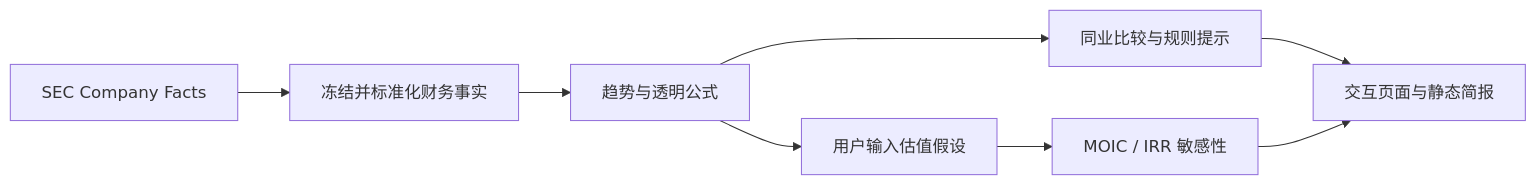
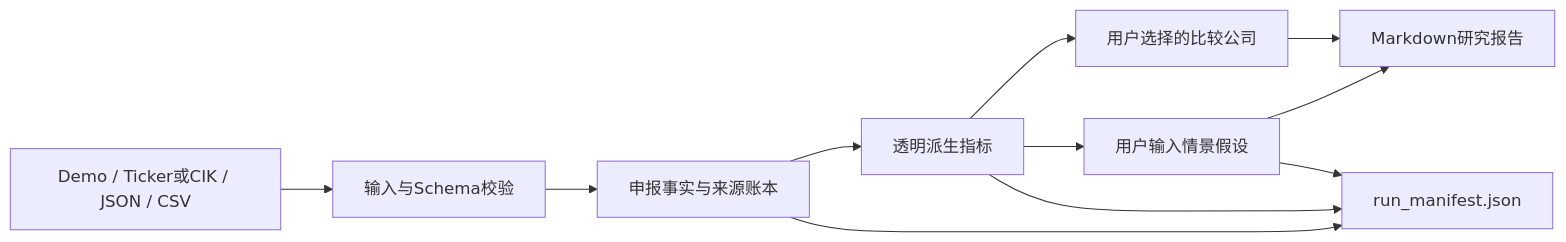
One commit to WilliamLiao818/company-financial-research-auto changed the diagram in README.md. Above: the diagram before and after it, drawn with Mermaid. The commit also changed other lines of this file and 9 other files, not shown here.

````diff
--- a/README.md
+++ b/README.md
@@ -7,10 +7,13 @@
 ```mermaid
 flowchart LR
-    A[SEC Company Facts] --> B[冻结并标准化财务事实]
-    B --> C[趋势与透明公式]
-    C --> D[同业比较与规则提示]
-    C --> E[用户输入估值假设]
-    E --> F[MOIC / IRR 敏感性]
-    D --> G[交互页面与静态简报]
+    A[Demo / Ticker或CIK / JSON / CSV] --> B[输入与Schema校验]
+    B --> C[申报事实与来源账本]
+    C --> D[透明派生指标]
+    D --> E[用户选择的比较公司]
+    D --> F[用户输入情景假设]
+    E --> G[Markdown研究报告]
     F --> G
+    C --> H[run_manifest.json]
+    D --> H
+    F --> H
 ```
````
